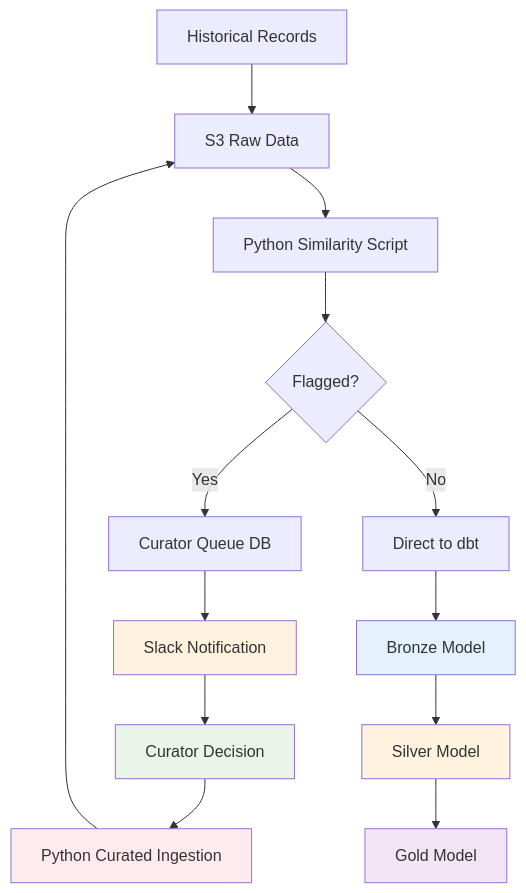
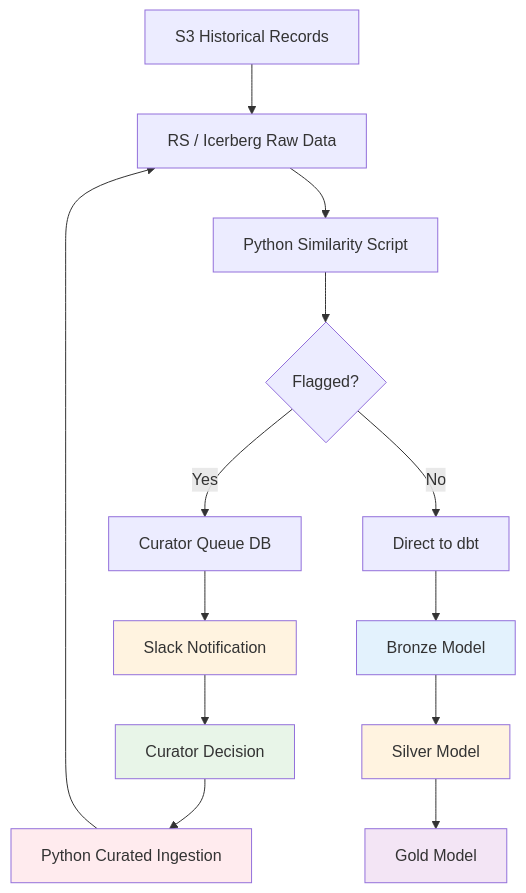
One commit to estanislaocy/qualifyze-data-pipeline changed the diagram in sites_curation_proposal.md. Above: the diagram before and after it, drawn with Mermaid.

Commit message:
Update sites_curation_proposal to clarify flowchart labels, changing "Historical Records" to "S3 Historical Records" and "Raw Data" to "RS / Icerberg Raw Data".

````diff
--- a/sites_curation_proposal.md
+++ b/sites_curation_proposal.md
@@ -18,25 +18,25 @@
 ```mermaid
 flowchart TD
-    A[Historical Records] --> B[S3 Raw Data]
+    A[S3 Historical Records] --> B[RS / Icerberg Raw Data]
     B --> C[Python Similarity Script]
     C --> D{Flagged?}
     
     D -->|Yes| E[Curator Queue DB]
     D -->|No| F[Direct to dbt]
     
     E --> G[Slack Notification]
     G --> H[Curator Decision]
     H --> I[Python Curated Ingestion]
     I --> B
     
     F --> J[Bronze Model]
     J --> K[Silver Model]
     K --> L[Gold Model]
     
     style H fill:#e8f5e8
     style J fill:#e3f2fd
     style K fill:#fff3e0
     style L fill:#f3e5f5
     style G fill:#fff3e0
     style I fill:#ffebee
 ```
````
